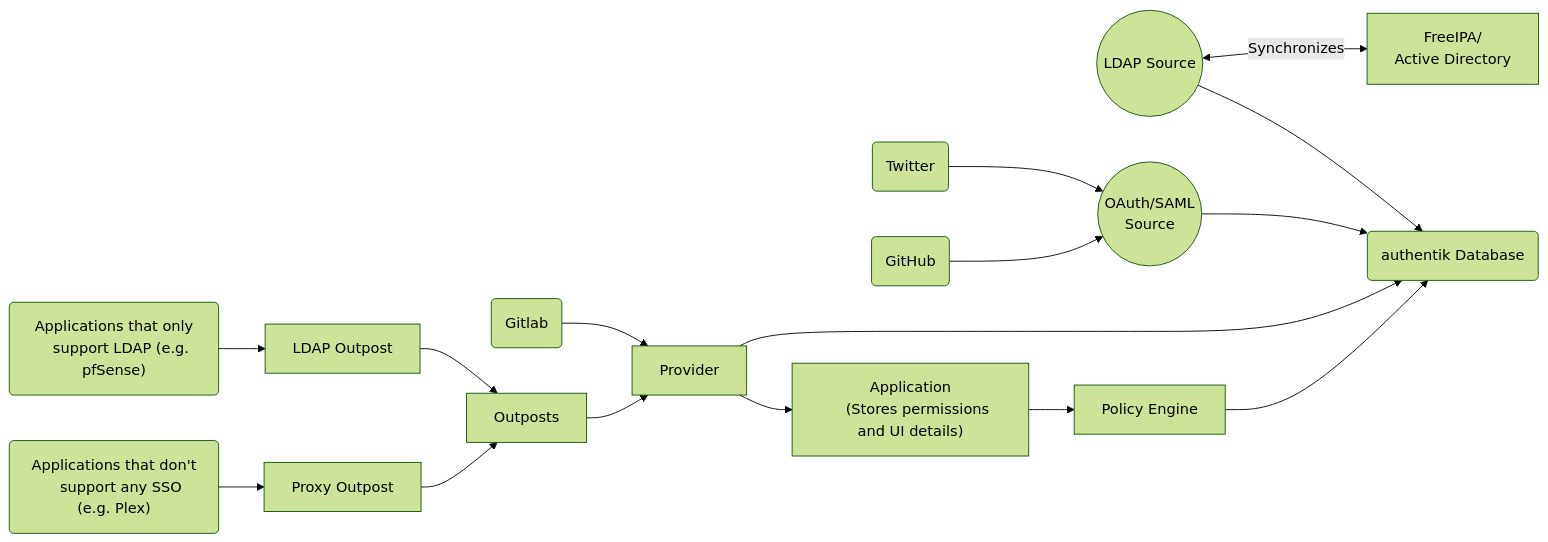
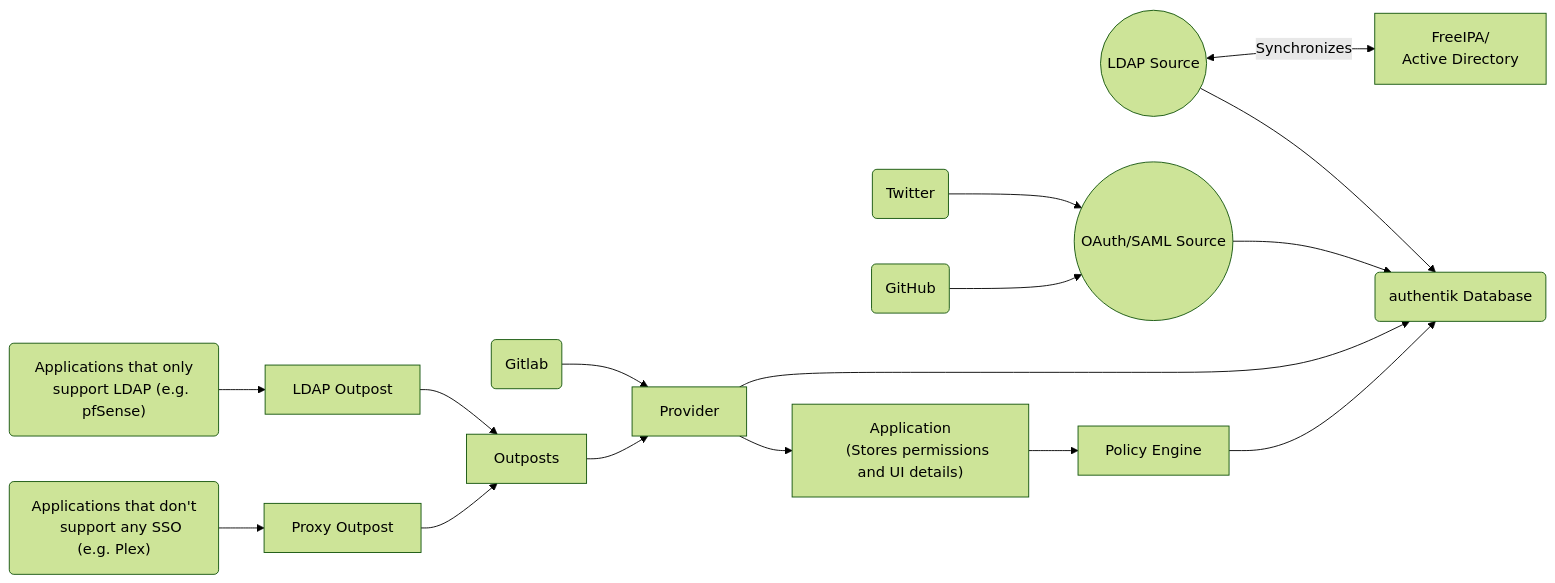
Before and after one commit to goauthentik/authentik: the diagram in website/docs/core/terminology.md, drawn with Mermaid (forest theme). The commit also changed other lines of this file and 6 other files, not shown here.

````diff
--- a/website/docs/core/terminology.md
+++ b/website/docs/core/terminology.md
@@ -7,24 +7,24 @@
 ```mermaid
 graph LR
     source_ldap((LDAP Source)) <-->|Synchronizes| datasource_ldap["FreeIPA/
     Active Directory"]
-    datasource_oauth1(Twitter) --> source_oauth((OAuth/SAML\nSource))
-    datasource_oauth2(GitHub) --> source_oauth((OAuth/SAML\nSource))
+    datasource_oauth1(Twitter) --> source_oauth((OAuth/SAML Source))
+    datasource_oauth2(GitHub) --> source_oauth((OAuth/SAML Source))
     source_oauth --> authentik_db(authentik Database)
     source_ldap --> authentik_db(authentik Database)
 
     app_sso(Gitlab) --> authentik_provider[Provider]
     authentik_provider --> authentik_db
     authentik_provider --> authentik_app["Application
     (Stores permissions and UI details)"]
     authentik_app --> authentik_policy_engine[Policy Engine]
     authentik_policy_engine --> authentik_db
 
     app_ldap("Applications that only
     support LDAP (e.g. pfSense)") --> authentik_outpost_ldap[LDAP Outpost]
     app_proxy("Applications that don't
     support any SSO (e.g. Plex)") --> authentik_outpost_proxy[Proxy Outpost]
     authentik_outpost_ldap --> authentik_outposts[Outposts]
     authentik_outpost_proxy --> authentik_outposts[Outposts]
     authentik_outposts --> authentik_provider
 ```
````
